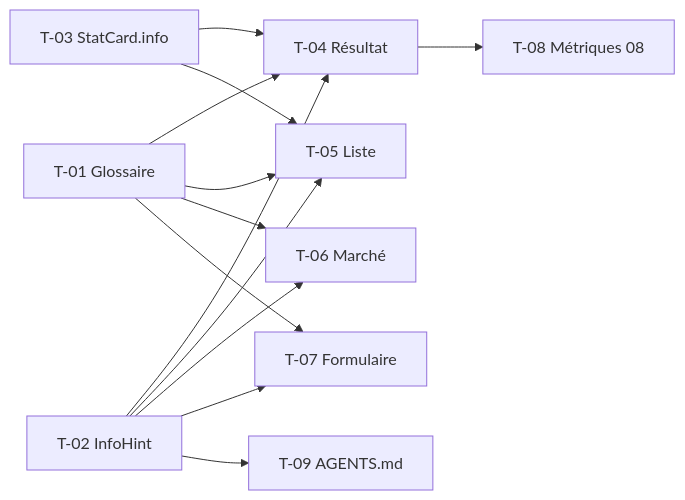
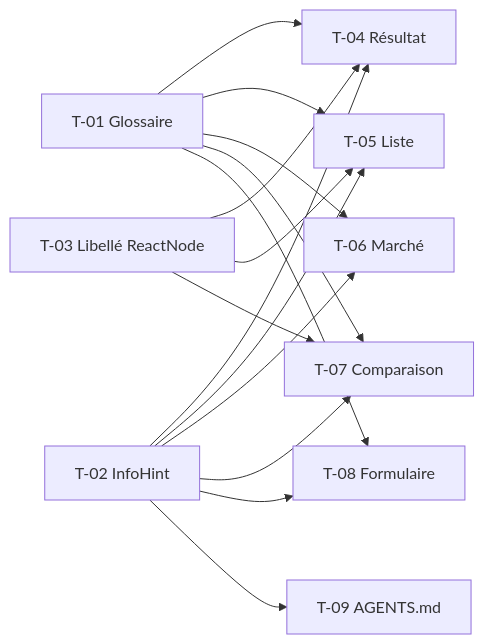
One commit to Matsuel/TradingPlateform changed the diagram in roadmap/09-aide-contextuelle/TASKS.md. Above: the diagram before and after it, drawn with Mermaid. The commit also changed other lines of this file and 10 other files, not shown here.

````diff
--- a/roadmap/09-aide-contextuelle/TASKS.md
+++ b/roadmap/09-aide-contextuelle/TASKS.md
@@ -33,15 +33,17 @@
 ```mermaid
 flowchart LR
     T01[T-01 Glossaire] --> T04[T-04 Résultat]
     T02[T-02 InfoHint] --> T04
-    T03[T-03 StatCard.info] --> T04
+    T03[T-03 Libellé ReactNode] --> T04
     T01 --> T05[T-05 Liste]
     T02 --> T05
     T03 --> T05
     T01 --> T06[T-06 Marché]
     T02 --> T06
-    T01 --> T07[T-07 Formulaire]
+    T01 --> T07[T-07 Comparaison]
     T02 --> T07
-    T04 --> T08[T-08 Métriques 08]
+    T03 --> T07
+    T01 --> T08[T-08 Formulaire]
+    T02 --> T08
     T02 --> T09[T-09 AGENTS.md]
 ```
````
